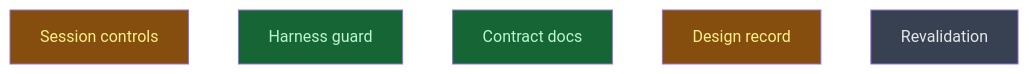
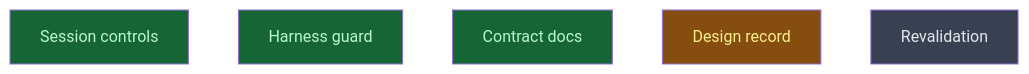
Before and after one commit to CrackingShells/Candler: the diagram in __roadmap__/m4-session-runner/traits/core/runs/closeout/README.md, drawn with Mermaid. The commit also changed other lines of this file, not shown here.

Commit message:
rdm(runner): mark session_controls done
The verifier's two real defects (a rebuilt base refused for good, a pass
reused across a Candler upgrade) were fixed before the merge.

````diff
--- a/__roadmap__/m4-session-runner/traits/core/runs/closeout/README.md
+++ b/__roadmap__/m4-session-runner/traits/core/runs/closeout/README.md
@@ -17,13 +17,13 @@
 ```mermaid
 graph TD
-    session_controls[Session controls]:::inprogress
+    session_controls[Session controls]:::done
     harness_guard[Harness guard]:::done
     contract_docs[Contract docs]:::done
     design_record[Design record]:::inprogress
     revalidation[Revalidation]:::planned
     classDef done       fill:#166534,color:#bbf7d0
     classDef inprogress fill:#854d0e,color:#fef08a
     classDef planned    fill:#374151,color:#e5e7eb
     classDef amendment  fill:#1e3a5f,color:#bfdbfe
     classDef blocked    fill:#7f1d1d,color:#fecaca
 ```
````
